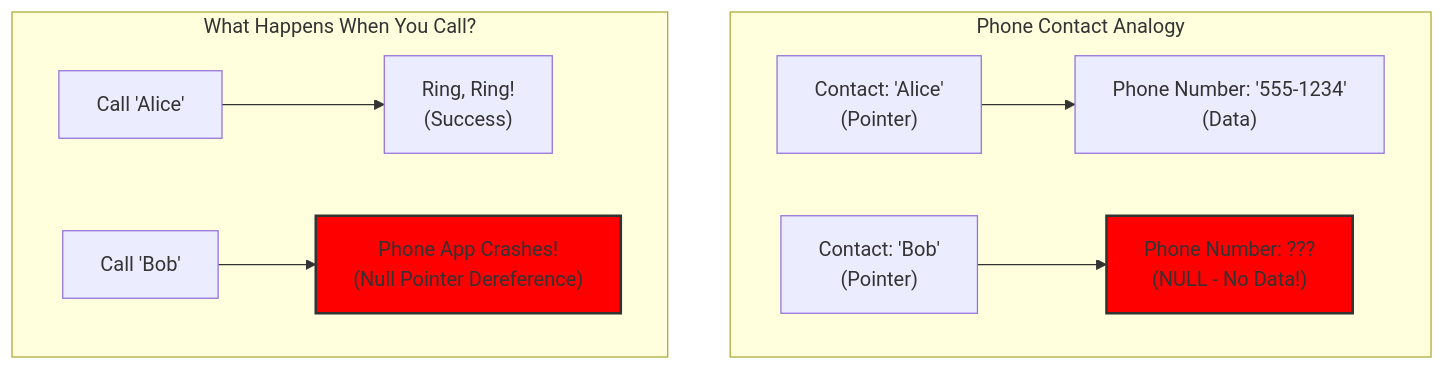
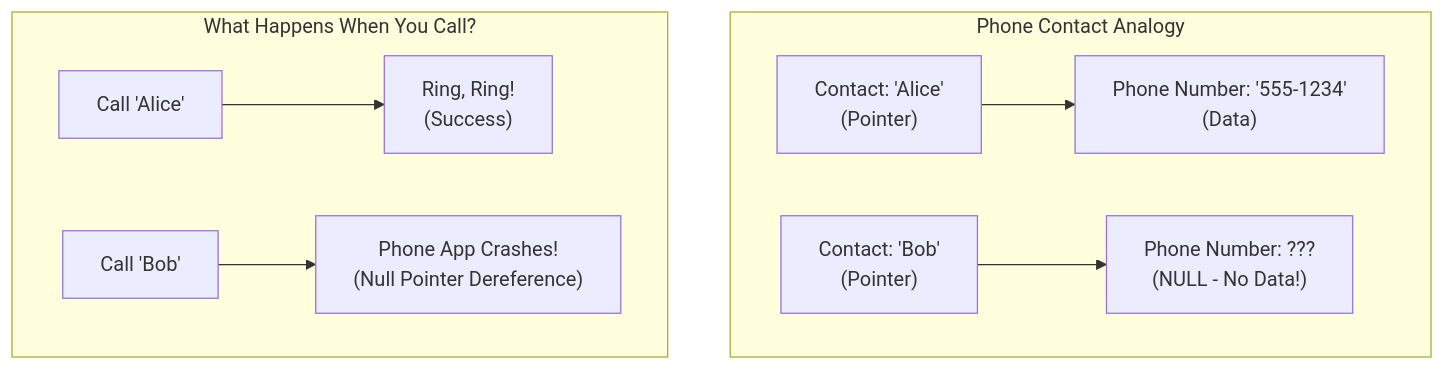
One commit to isaaclins/isaaclins.github.io changed the first of 6 diagrams in content/blog/google-took-down-the-internet.md. Above: the diagram before and after it, drawn with Mermaid. The commit also changed other lines of this file and 2 other files, not shown here.

Commit message:
style: Remove unused styles from diagrams in blog posts

````diff
--- a/content/blog/google-took-down-the-internet.md
+++ b/content/blog/google-took-down-the-internet.md
@@ -25,15 +25,12 @@
 ```mermaid
 graph TD;
     subgraph "Phone Contact Analogy"
         A["Contact: 'Alice'<br/>(Pointer)"] --> B["Phone Number: '555-1234'<br/>(Data)"];
         C["Contact: 'Bob'<br/>(Pointer)"] --> D["Phone Number: ???<br/>(NULL - No Data!)"];
     end
 
     subgraph "What Happens When You Call?"
         E["Call 'Alice'"] --> F["Ring, Ring!<br/>(Success)"];
         G["Call 'Bob'"] --> H["Phone App Crashes!<br/>(Null Pointer Dereference)"];
     end
-
-    style D fill:#f00,stroke:#333,stroke-width:2px;
-    style H fill:#f00,stroke:#333,stroke-width:2px;
 ```
````
